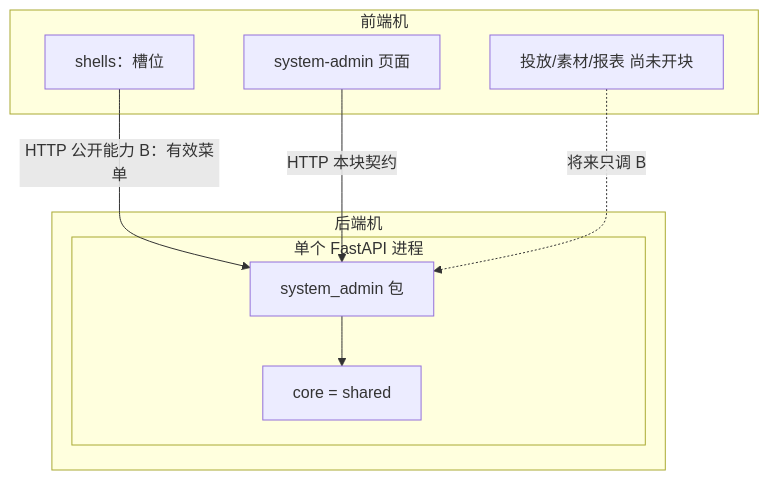
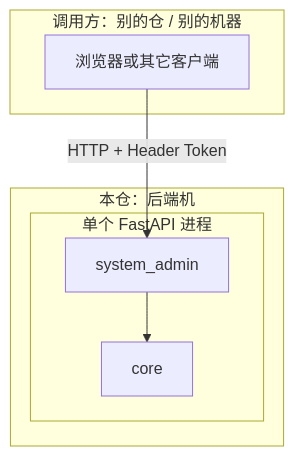
Before and after one commit to GoldenEagle1527/AdPilot-Backend: the diagram in Plan/architecture/总览.md, drawn with Mermaid. The commit also changed other lines of this file and 122 other files, not shown here.

````diff
--- a/Plan/architecture/总览.md
+++ b/Plan/architecture/总览.md
@@ -6,20 +6,16 @@
 ```mermaid
 flowchart TB
-  subgraph machineFe [前端机]
-    Shell[shells：槽位]
-    SAf[system-admin 页面]
-    Later[投放/素材/报表 尚未开块]
+  subgraph callers [调用方：别的仓 / 别的机器]
+    Client[浏览器或其它客户端]
   end
 
-  subgraph machineBe [后端机]
+  subgraph machineBe [本仓：后端机]
     subgraph api [单个 FastAPI 进程]
-      Core[core = shared]
-      SA[system_admin 包]
+      Core[core]
+      SA[system_admin]
     end
   end
 
-  Shell -->|HTTP 公开能力 B：有效菜单| SA
-  SAf -->|HTTP 本块契约| SA
-  Later -.->|将来只调 B| SA
+  Client -->|HTTP + Header Token| SA
   SA --> Core
 ```
````
